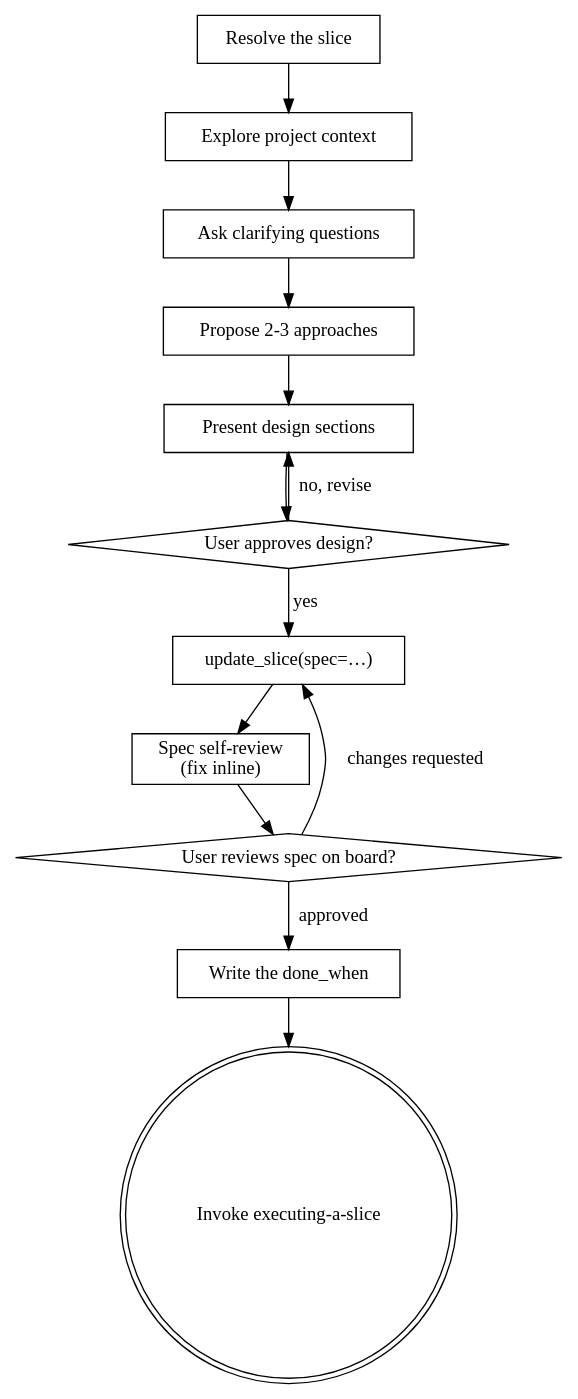
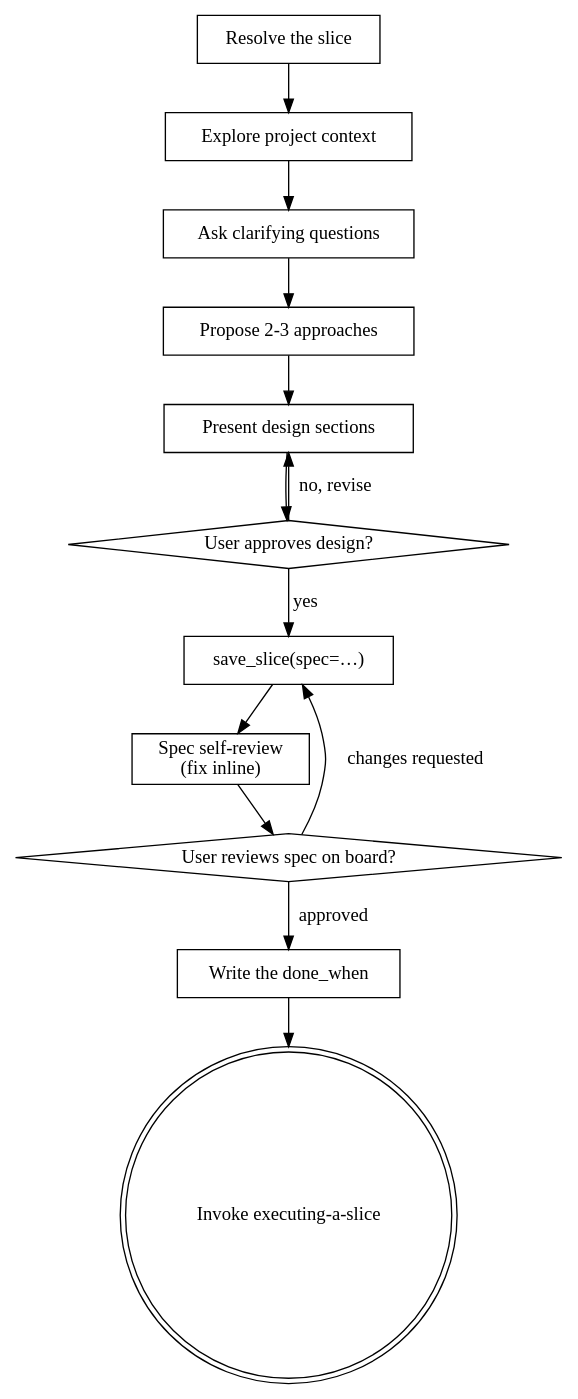
Before and after one commit to tuck-it/tuckit-plugins: the diagram in plugins/antigravity/skills/designing-a-slice/SKILL.md, drawn with Graphviz. The commit also changed other lines of this file and 45 other files, not shown here.

First line of the commit message:
TP-369: the slice writing tool is save_slice, not create_slice/update_slice

````diff
--- a/plugins/antigravity/skills/designing-a-slice/SKILL.md
+++ b/plugins/antigravity/skills/designing-a-slice/SKILL.md
@@ -80,28 +80,28 @@
 ```dot
 digraph designing {
     "Resolve the slice" [shape=box];
     "Explore project context" [shape=box];
     "Ask clarifying questions" [shape=box];
     "Propose 2-3 approaches" [shape=box];
     "Present design sections" [shape=box];
     "User approves design?" [shape=diamond];
-    "update_slice(spec=…)" [shape=box];
+    "save_slice(spec=…)" [shape=box];
     "Spec self-review\n(fix inline)" [shape=box];
     "User reviews spec on board?" [shape=diamond];
     "Write the done_when" [shape=box];
     "Invoke executing-a-slice" [shape=doublecircle];
 
     "Resolve the slice" -> "Explore project context";
     "Explore project context" -> "Ask clarifying questions";
     "Ask clarifying questions" -> "Propose 2-3 approaches";
     "Propose 2-3 approaches" -> "Present design sections";
     "Present design sections" -> "User approves design?";
     "User approves design?" -> "Present design sections" [label="no, revise"];
-    "User approves design?" -> "update_slice(spec=…)" [label="yes"];
-    "update_slice(spec=…)" -> "Spec self-review\n(fix inline)";
+    "User approves design?" -> "save_slice(spec=…)" [label="yes"];
+    "save_slice(spec=…)" -> "Spec self-review\n(fix inline)";
     "Spec self-review\n(fix inline)" -> "User reviews spec on board?";
-    "User reviews spec on board?" -> "update_slice(spec=…)" [label="changes requested"];
+    "User reviews spec on board?" -> "save_slice(spec=…)" [label="changes requested"];
     "User reviews spec on board?" -> "Write the done_when" [label="approved"];
     "Write the done_when" -> "Invoke executing-a-slice";
 }
 ```
````
